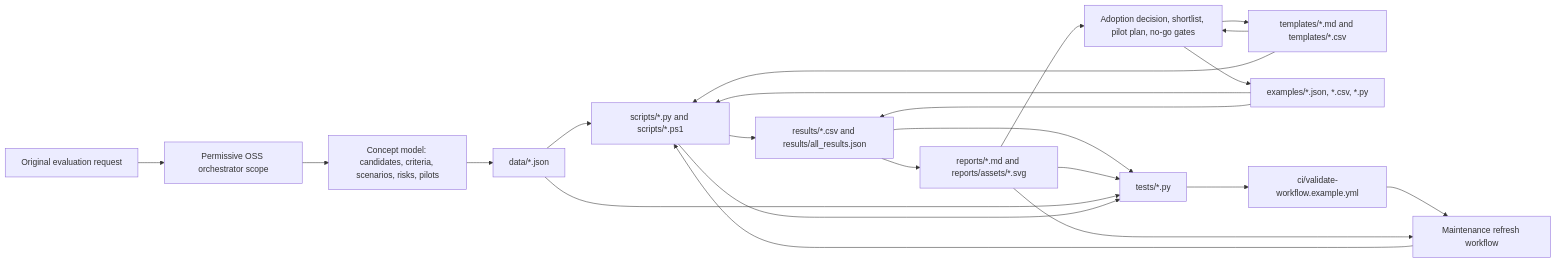
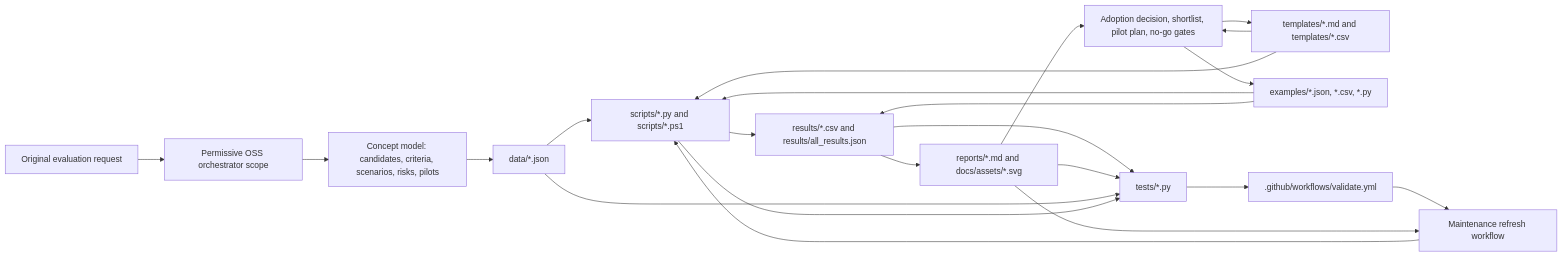
One commit to gvillarroel/sdlc changed the third of 8 diagrams in reports/final_report_bundle.md. Above: the diagram before and after it, drawn with Mermaid. The commit also changed other lines of this file and 76 other files, not shown here.

````diff
--- a/reports/final_report_bundle.md
+++ b/reports/final_report_bundle.md
@@ -4375,37 +4320,37 @@
 ```mermaid
 flowchart LR
     Request["Original evaluation request"]
     Scope["Permissive OSS orchestrator scope"]
     Concepts["Concept model: candidates, criteria, scenarios, risks, pilots"]
     Inputs["data/*.json"]
     Tools["scripts/*.py and scripts/*.ps1"]
     Results["results/*.csv and results/all_results.json"]
-    Reports["reports/*.md and reports/assets/*.svg"]
+    Reports["reports/*.md and docs/assets/*.svg"]
     Templates["templates/*.md and templates/*.csv"]
     Examples["examples/*.json, *.csv, *.py"]
     Tests["tests/*.py"]
-    CI["ci/validate-workflow.example.yml"]
+    CI[".github/workflows/validate.yml"]
     Decision["Adoption decision, shortlist, pilot plan, no-go gates"]
     Maintenance["Maintenance refresh workflow"]
 
     Request --> Scope --> Concepts
     Concepts --> Inputs
     Inputs --> Tools
     Tools --> Results
     Results --> Reports
     Reports --> Decision
     Templates --> Decision
     Examples --> Tools
     Results --> Tests
     Reports --> Tests
     Inputs --> Tests
     Tools --> Tests
     Tests --> CI
     CI --> Maintenance
     Maintenance --> Tools
     Reports --> Maintenance
     Decision --> Templates
     Decision --> Examples
     Templates --> Tools
     Examples --> Results
 ```
````
